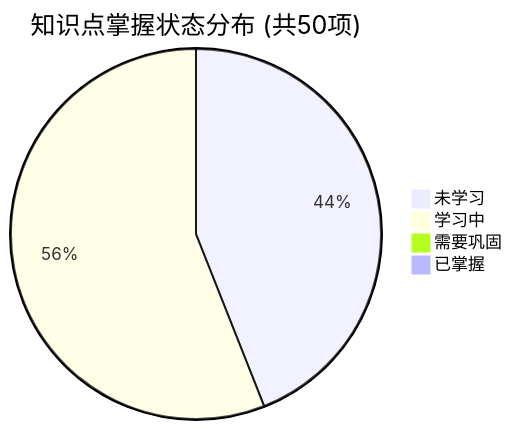
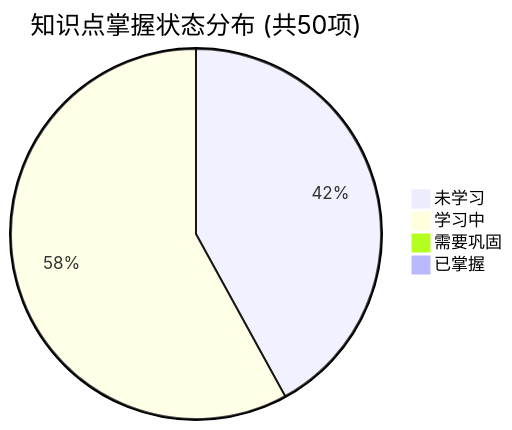
Before and after one commit to tieke1121/tech-interview-knowledge-base: the first of 2 diagrams in PROGRESS.md, drawn with Mermaid. The commit also changed other lines of this file and 1 other file, not shown here.

````diff
--- a/PROGRESS.md
+++ b/PROGRESS.md
@@ -23,7 +23,7 @@
 ```mermaid
 pie title 知识点掌握状态分布 (共50项)
-    "未学习" : 22
-    "学习中" : 28
+    "未学习" : 21
+    "学习中" : 29
     "需要巩固" : 0
     "已掌握" : 0
 ```
````
